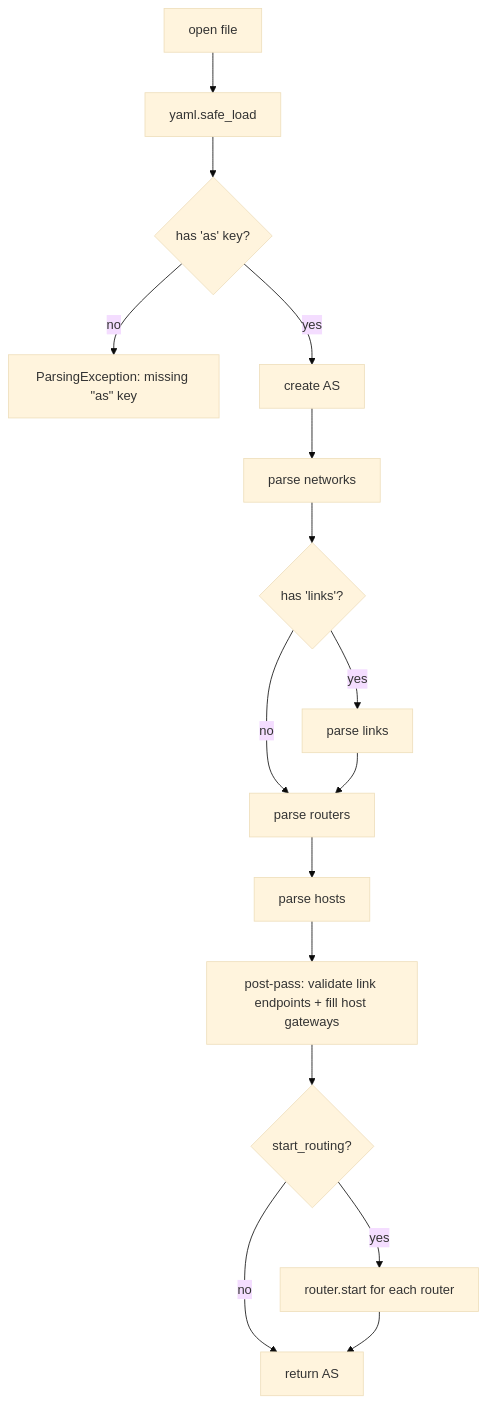
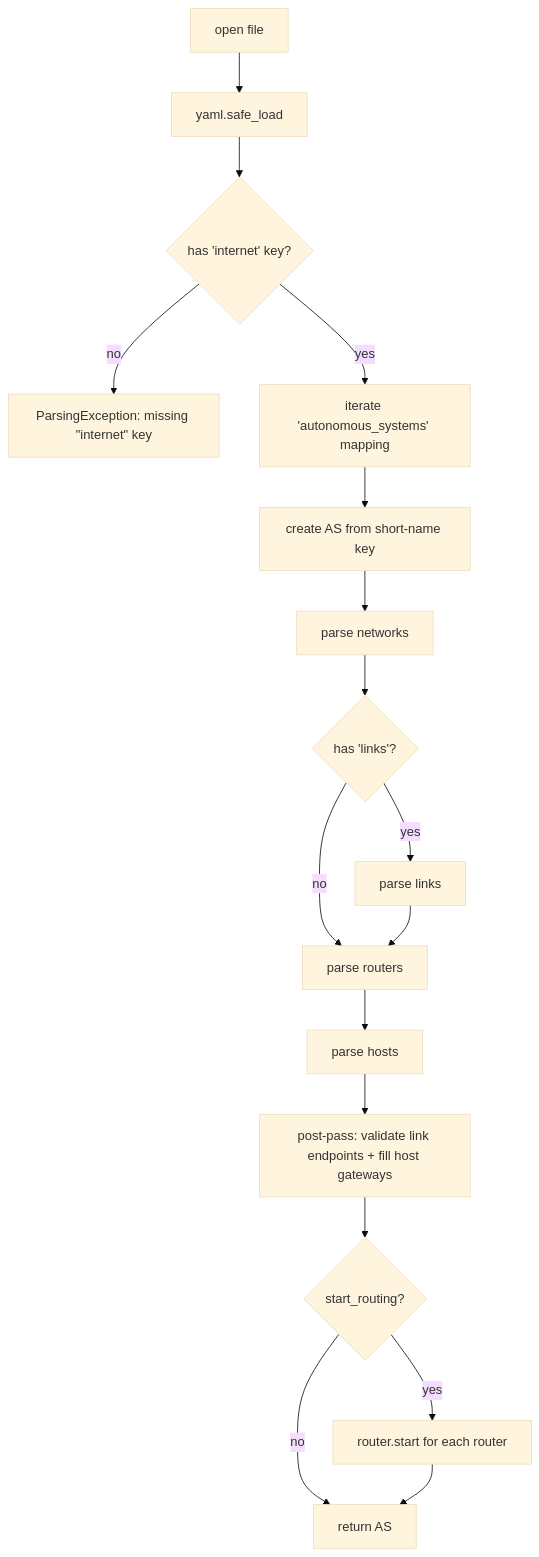
Before and after one commit to lukius/loom: the diagram in docs/architecture/parser.md, drawn with Mermaid (base theme). The commit also changed other lines of this file and 1 other file, not shown here.

Commit message:
docs: refresh yaml-format and parser docs for internet: root

````diff
--- a/docs/architecture/parser.md
+++ b/docs/architecture/parser.md
@@ -48,18 +55,19 @@
 ```mermaid
 flowchart TD
   A[open file] --> B[yaml.safe_load]
-  B --> C{has 'as' key?}
-  C -- no --> X[ParsingException: missing &quot;as&quot; key]
-  C -- yes --> D[create AS]
-  D --> E[parse networks]
-  E --> F{has 'links'?}
-  F -- yes --> G[parse links]
-  F -- no --> H
-  G --> H[parse routers]
-  H --> I[parse hosts]
-  I --> J[post-pass: validate link endpoints + fill host gateways]
-  J --> K{start_routing?}
-  K -- yes --> M[router.start for each router]
-  K -- no --> L
-  M --> L[return AS]
+  B --> C{has 'internet' key?}
+  C -- no --> X[ParsingException: missing &quot;internet&quot; key]
+  C -- yes --> D[iterate 'autonomous_systems' mapping]
+  D --> E[create AS from short-name key]
+  E --> F[parse networks]
+  F --> G{has 'links'?}
+  G -- yes --> H[parse links]
+  G -- no --> I
+  H --> I[parse routers]
+  I --> J[parse hosts]
+  J --> K[post-pass: validate link endpoints + fill host gateways]
+  K --> L{start_routing?}
+  L -- yes --> N[router.start for each router]
+  L -- no --> M
+  N --> M[return AS]
 ```
````
